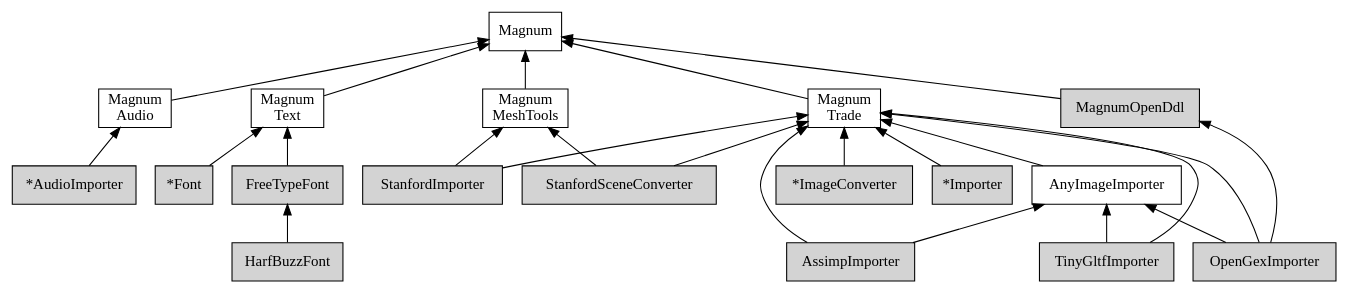
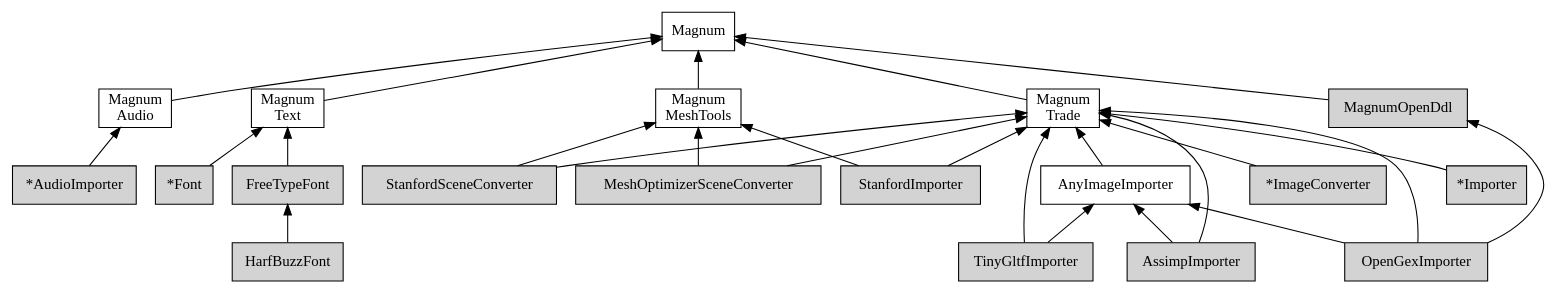
One commit to mosra/magnum-plugins changed the diagram in doc/custom-buildsystems-plugins-order.dot. Above: the diagram before and after it, drawn with Graphviz. The commit also changed 43 other files, not shown here.

First line of the commit message:
MeshOptimizerSceneConverter: new plugin.

```diff
--- a/doc/custom-buildsystems-plugins-order.dot
+++ b/doc/custom-buildsystems-plugins-order.dot
@@ -1,81 +1,83 @@
 /*
     This file is part of Magnum.
 
     Copyright © 2010, 2011, 2012, 2013, 2014, 2015, 2016, 2017, 2018, 2019
               Vladimír Vondruš <mosra@centrum.cz>
 
     Permission is hereby granted, free of charge, to any person obtaining a
     copy of this software and associated documentation files (the "Software"),
     to deal in the Software without restriction, including without limitation
     the rights to use, copy, modify, merge, publish, distribute, sublicense,
     and/or sell copies of the Software, and to permit persons to whom the
     Software is furnished to do so, subject to the following conditions:
 
     The above copyright notice and this permission notice shall be included
     in all copies or substantial portions of the Software.
 
     THE SOFTWARE IS PROVIDED "AS IS", WITHOUT WARRANTY OF ANY KIND, EXPRESS OR
     IMPLIED, INCLUDING BUT NOT LIMITED TO THE WARRANTIES OF MERCHANTABILITY,
     FITNESS FOR A PARTICULAR PURPOSE AND NONINFRINGEMENT. IN NO EVENT SHALL
     THE AUTHORS OR COPYRIGHT HOLDERS BE LIABLE FOR ANY CLAIM, DAMAGES OR OTHER
     LIABILITY, WHETHER IN AN ACTION OF CONTRACT, TORT OR OTHERWISE, ARISING
     FROM, OUT OF OR IN CONNECTION WITH THE SOFTWARE OR THE USE OR OTHER
     DEALINGS IN THE SOFTWARE.
 */
 
 digraph "Magnum Plugins dependency order" {
     rankdir=BT
     ranksep=0.5
     node [style=filled shape=rect margin="0.03,0.03"]
 
     Magnum [style=solid class="m-info"]
     MagnumAudio [style=solid label="Magnum\nAudio" class="m-info"]
     MagnumMeshTools [style=solid label="Magnum\nMeshTools" class="m-info"]
     MagnumText [style=solid label="Magnum\nText" class="m-info"]
     MagnumTrade [style=solid label="Magnum\nTrade" class="m-info"]
 
     {rank=same MagnumAudio MagnumMeshTools MagnumText MagnumTrade}
 
     AnyImageImporter [style=solid class="m-success"]
 
     MagnumOpenDdl [class="m-info"]
 
     AudioImporter [label="*AudioImporter" class="m-success"]
     ImageConverter [label="*ImageConverter" class="m-success"]
     Importer [label="*Importer" class="m-success"]
     Font [label="*Font" class="m-success"]
 
     AssimpImporter [class="m-success"]
     FreeTypeFont [class="m-success"]
     HarfBuzzFont [class="m-success"]
     OpenGexImporter [class="m-success"]
     TinyGltfImporter [class="m-success"]
 
     MagnumAudio -> Magnum [class="m-info"]
     MagnumMeshTools -> Magnum [class="m-info"]
     MagnumText -> Magnum [class="m-info"]
     MagnumTrade -> Magnum [class="m-info"]
 
     AnyImageImporter -> MagnumTrade [class="m-success"]
 
     MagnumOpenDdl -> Magnum
 
     AudioImporter -> MagnumAudio
     ImageConverter -> MagnumTrade
     Importer -> MagnumTrade
     Font -> MagnumText
 
     AssimpImporter -> MagnumTrade
     AssimpImporter -> AnyImageImporter
     FreeTypeFont -> MagnumText
     HarfBuzzFont -> FreeTypeFont
+    MeshOptimizerSceneConverter -> MagnumTrade
+    MeshOptimizerSceneConverter -> MagnumMeshTools
     OpenGexImporter -> MagnumTrade
     OpenGexImporter -> AnyImageImporter
     OpenGexImporter -> MagnumOpenDdl
     StanfordImporter -> MagnumTrade
     StanfordImporter -> MagnumMeshTools
     StanfordSceneConverter -> MagnumTrade
     StanfordSceneConverter -> MagnumMeshTools
     TinyGltfImporter -> MagnumTrade
     TinyGltfImporter -> AnyImageImporter
 }
```
